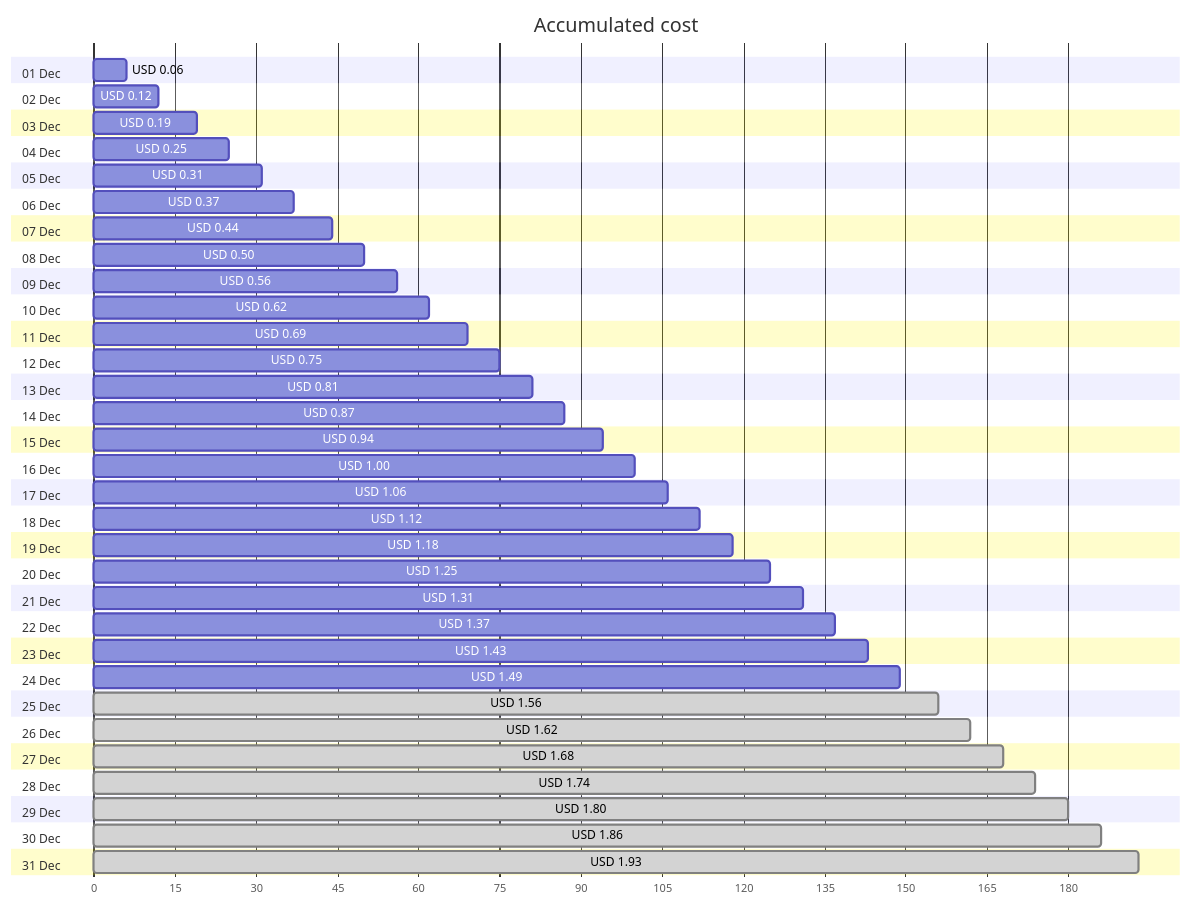
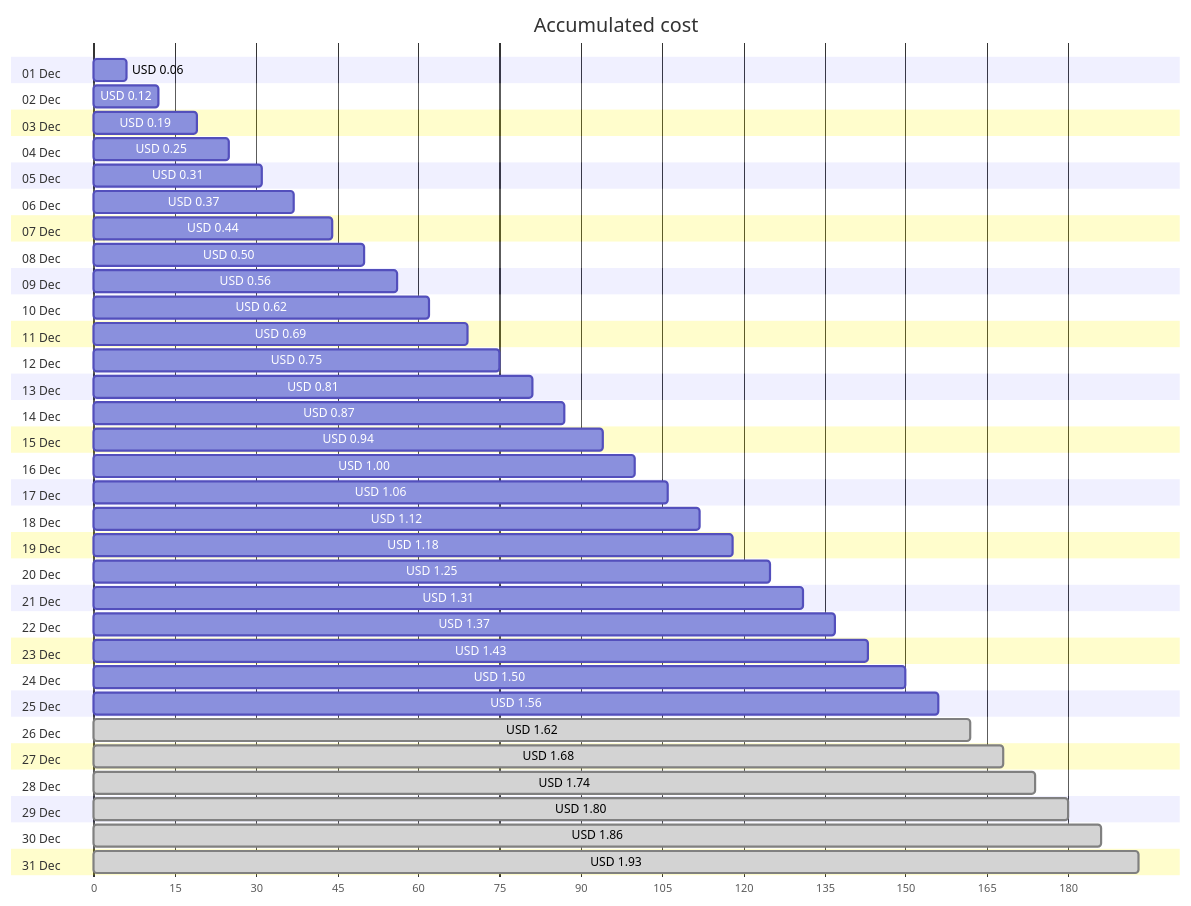
The first of 4 diagrams in cost-reports/personal-network/vpn-server_OsDisk.md (jpfulton/azure-personal-reports), drawn with Mermaid before and after one commit. The commit also changed other lines of this file and 8 other files, not shown here.

````diff
--- a/cost-reports/personal-network/vpn-server_OsDisk.md
+++ b/cost-reports/personal-network/vpn-server_OsDisk.md
@@ -20,68 +20,68 @@
 ```mermaid
 gantt
    title Accumulated cost
    dateFormat  X
    axisFormat %s
    section 01 Dec
    USD 0.06 :0, 6
    section 02 Dec
    USD 0.12 :0, 12
    section 03 Dec
    USD 0.19 :0, 19
    section 04 Dec
    USD 0.25 :0, 25
    section 05 Dec
    USD 0.31 :0, 31
    section 06 Dec
    USD 0.37 :0, 37
    section 07 Dec
    USD 0.44 :0, 44
    section 08 Dec
    USD 0.50 :0, 50
    section 09 Dec
    USD 0.56 :0, 56
    section 10 Dec
    USD 0.62 :0, 62
    section 11 Dec
    USD 0.69 :0, 69
    section 12 Dec
    USD 0.75 :0, 75
    section 13 Dec
    USD 0.81 :0, 81
    section 14 Dec
    USD 0.87 :0, 87
    section 15 Dec
    USD 0.94 :0, 94
    section 16 Dec
    USD 1.00 :0, 100
    section 17 Dec
    USD 1.06 :0, 106
    section 18 Dec
    USD 1.12 :0, 112
    section 19 Dec
    USD 1.18 :0, 118
    section 20 Dec
    USD 1.25 :0, 125
    section 21 Dec
    USD 1.31 :0, 131
    section 22 Dec
    USD 1.37 :0, 137
    section 23 Dec
    USD 1.43 :0, 143
    section 24 Dec
-   USD 1.49 :0, 149
+   USD 1.50 :0, 150
    section 25 Dec
-   USD 1.56 : done, 0, 156
+   USD 1.56 :0, 156
    section 26 Dec
    USD 1.62 : done, 0, 162
    section 27 Dec
    USD 1.68 : done, 0, 168
    section 28 Dec
    USD 1.74 : done, 0, 174
    section 29 Dec
    USD 1.80 : done, 0, 180
    section 30 Dec
    USD 1.86 : done, 0, 186
    section 31 Dec
    USD 1.93 : done, 0, 193
 ```
````
